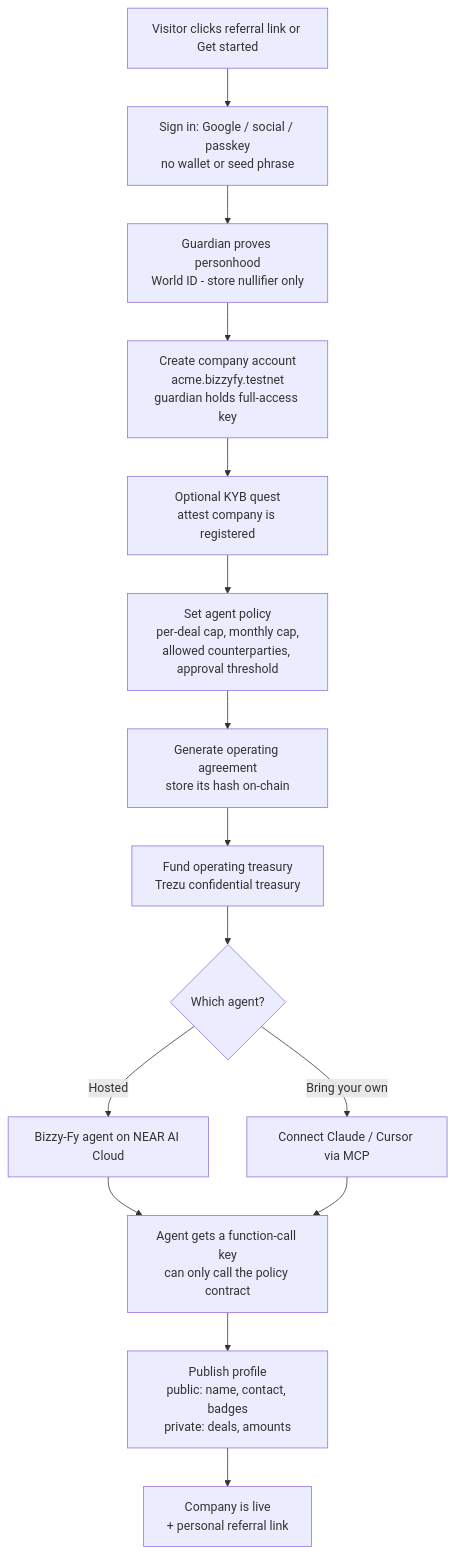
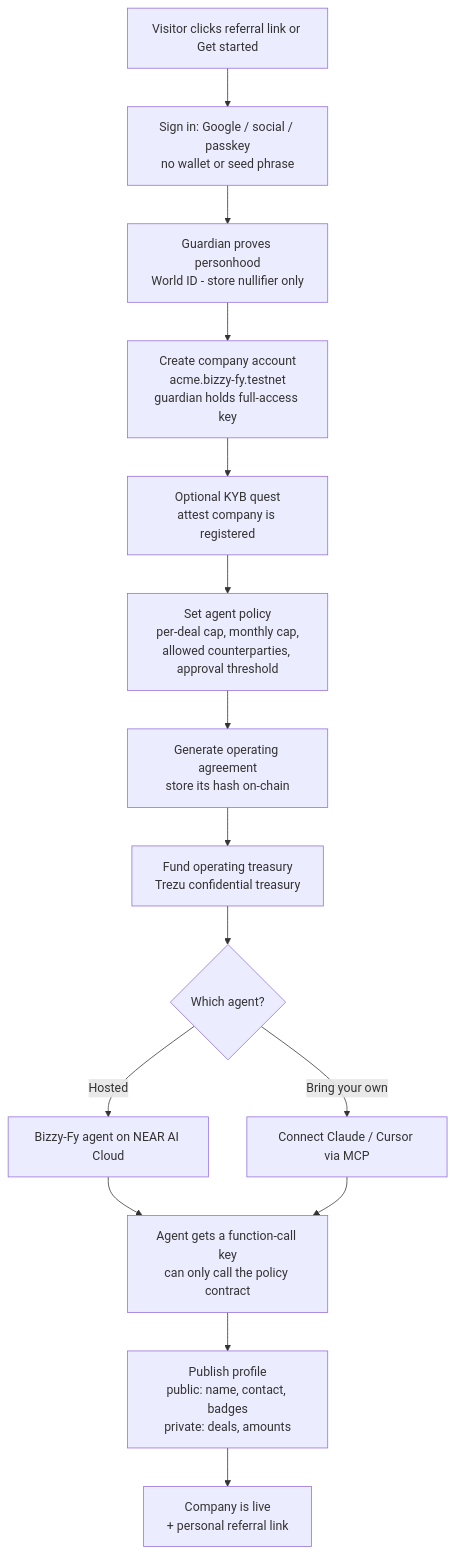
Before and after one commit to Kelechikizito/bizzy-fi: the first of 3 diagrams in docs/product-questions.md, drawn with Mermaid. The commit also changed 14 other files, not shown here.

Commit message:
Rename account to bizzy-fy.testnet

````diff
--- a/docs/product-questions.md
+++ b/docs/product-questions.md
@@ -112,17 +112,17 @@
 ```mermaid
 flowchart TD
     A[Visitor clicks referral link or Get started] --> B[Sign in: Google / social / passkey<br/>no wallet or seed phrase]
     B --> C[Guardian proves personhood<br/>World ID - store nullifier only]
-    C --> D[Create company account<br/>acme.bizzyfy.testnet<br/>guardian holds full-access key]
+    C --> D[Create company account<br/>acme.bizzy-fy.testnet<br/>guardian holds full-access key]
     D --> E[Optional KYB quest<br/>attest company is registered]
     E --> F[Set agent policy<br/>per-deal cap, monthly cap,<br/>allowed counterparties, approval threshold]
     F --> G[Generate operating agreement<br/>store its hash on-chain]
     G --> H[Fund operating treasury<br/>Trezu confidential treasury]
     H --> I{Which agent?}
     I -->|Hosted| J[Bizzy-Fy agent on NEAR AI Cloud]
     I -->|Bring your own| K[Connect Claude / Cursor via MCP]
     J --> L[Agent gets a function-call key<br/>can only call the policy contract]
     K --> L
     L --> M[Publish profile<br/>public: name, contact, badges<br/>private: deals, amounts]
     M --> N[Company is live<br/>+ personal referral link]
 ```
````
